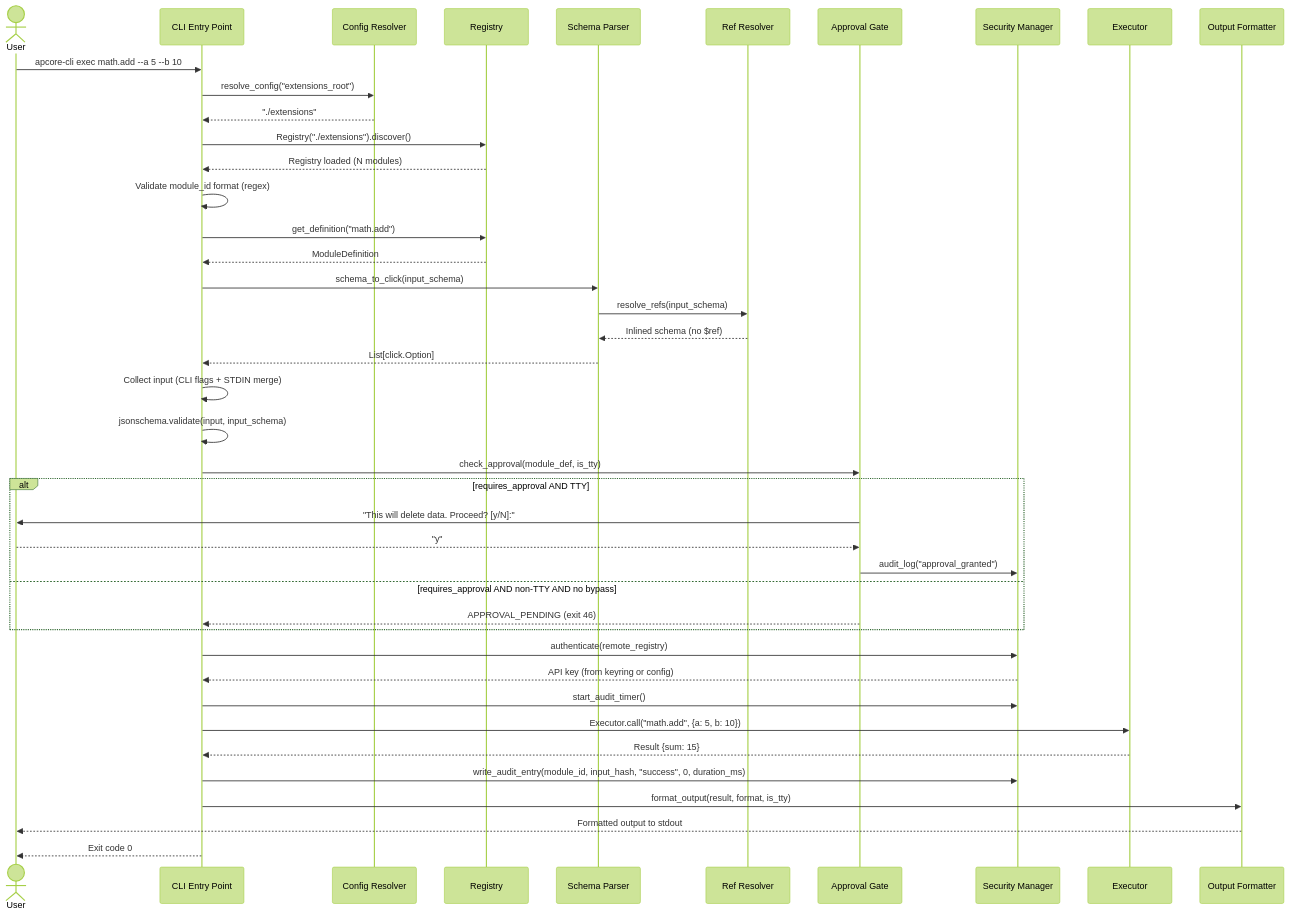
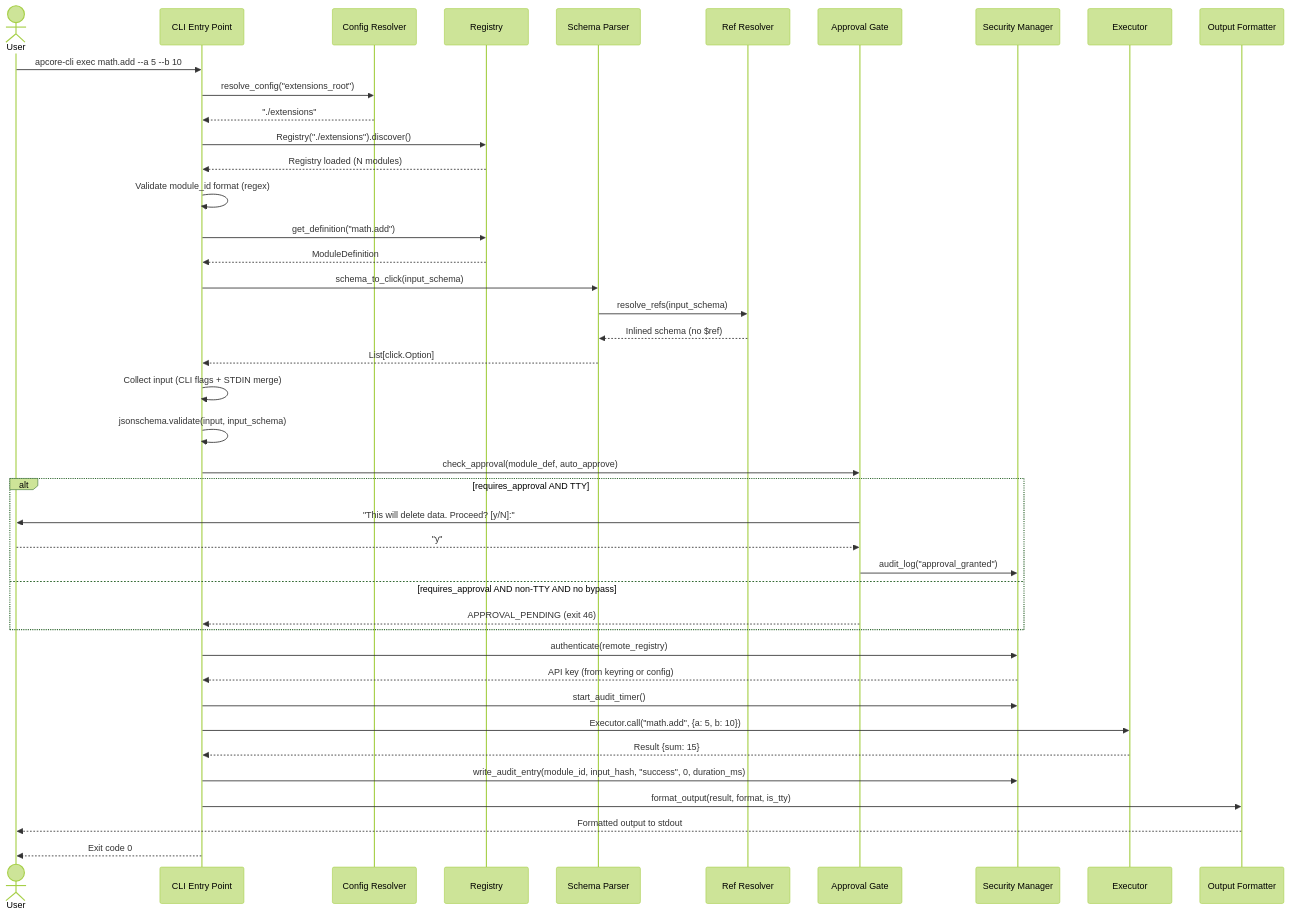
Before and after one commit to aiperceivable/apcore-cli: the fourth of 6 diagrams in docs/tech-design.md, drawn with Mermaid (forest theme). The commit also changed other lines of this file and 3 other files, not shown here.

````diff
--- a/docs/tech-design.md
+++ b/docs/tech-design.md
@@ -330,52 +330,52 @@
 ```mermaid
 sequenceDiagram
     actor User
     participant CLI as CLI Entry Point
     participant Cfg as Config Resolver
     participant Reg as Registry
     participant SP as Schema Parser
     participant RR as Ref Resolver
     participant AG as Approval Gate
     participant Sec as Security Manager
     participant Exec as Executor
     participant OF as Output Formatter
 
     User->>CLI: apcore-cli exec math.add --a 5 --b 10
     CLI->>Cfg: resolve_config("extensions_root")
     Cfg-->>CLI: "./extensions"
     CLI->>Reg: Registry("./extensions").discover()
     Reg-->>CLI: Registry loaded (N modules)
 
     CLI->>CLI: Validate module_id format (regex)
     CLI->>Reg: get_definition("math.add")
     Reg-->>CLI: ModuleDefinition
 
     CLI->>SP: schema_to_click(input_schema)
     SP->>RR: resolve_refs(input_schema)
     RR-->>SP: Inlined schema (no $ref)
     SP-->>CLI: List[click.Option]
 
     CLI->>CLI: Collect input (CLI flags + STDIN merge)
     CLI->>CLI: jsonschema.validate(input, input_schema)
 
-    CLI->>AG: check_approval(module_def, is_tty)
+    CLI->>AG: check_approval(module_def, auto_approve)
     alt requires_approval AND TTY
         AG->>User: "This will delete data. Proceed? [y/N]:"
         User-->>AG: "y"
         AG->>Sec: audit_log("approval_granted")
     else requires_approval AND non-TTY AND no bypass
         AG-->>CLI: APPROVAL_PENDING (exit 46)
     end
 
     CLI->>Sec: authenticate(remote_registry)
     Sec-->>CLI: API key (from keyring or config)
 
     CLI->>Sec: start_audit_timer()
     CLI->>Exec: Executor.call("math.add", {a: 5, b: 10})
     Exec-->>CLI: Result {sum: 15}
     CLI->>Sec: write_audit_entry(module_id, input_hash, "success", 0, duration_ms)
 
     CLI->>OF: format_output(result, format, is_tty)
     OF-->>User: Formatted output to stdout
     CLI-->>User: Exit code 0
 ```
````
